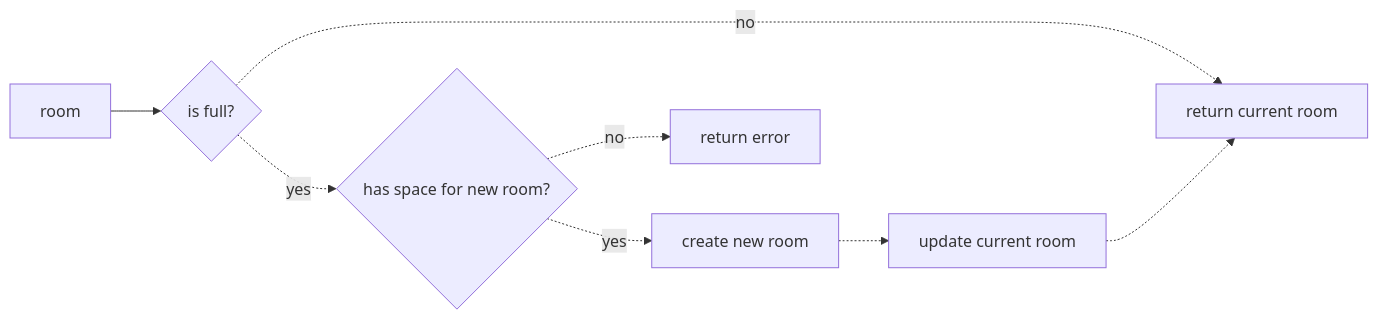
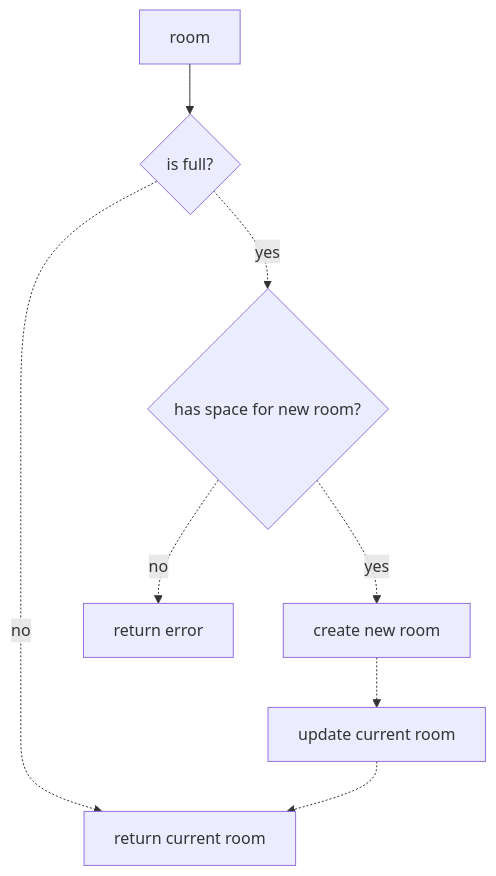
Before and after one commit to AdrKacz/super-duper-guacamole: the fifth of 6 diagrams in README.md, drawn with Mermaid.

Commit message:
Update direction

````diff
--- a/README.md
+++ b/README.md
@@ -126,10 +126,10 @@
 ```mermaid
-graph LR
+graph TB
     room --> C{is full?}
     C -.-> |yes|C_1{has space for new room?}
     C -.-> |no|E_0[return current room]
     C_1 -.-> |yes|E_1[create new room]
     E_1 -.-> E_3[update current room]
     C_1 -.-> |no|E_2[return error]
     E_3 -.-> E_0
 ```
````
